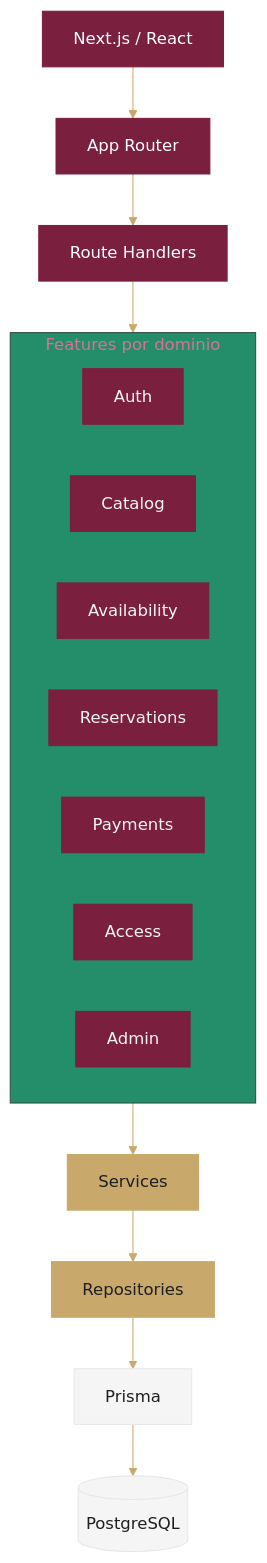
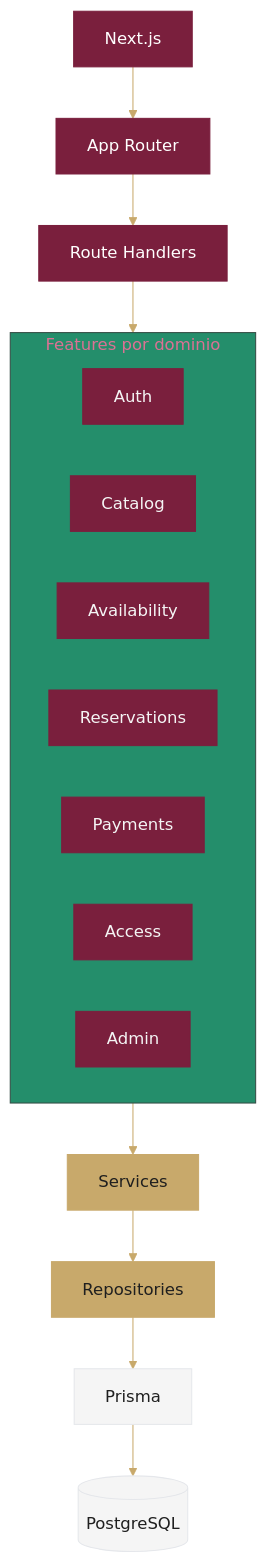
Before and after one commit to LaoraSad/omegaComplex: the second of 8 diagrams in README.md, drawn with Mermaid. The commit also changed other lines of this file and 3 other files, not shown here.

````diff
--- a/README.md
+++ b/README.md
@@ -175,30 +174,30 @@
 ```mermaid
 %%{init: {'theme':'base','themeVariables':{'primaryColor':'#7A1F3D','primaryTextColor':'#F5F5F5','primaryBorderColor':'#7A1F3D','lineColor':'#C8A96B'}}}%%
 flowchart TB
-    UI["Next.js / React"] --> Routes["App Router"]
+    UI["Next.js"] --> Routes["App Router"]
     Routes --> API["Route Handlers"]
 
     subgraph Features["Features por dominio"]
         direction LR
         Auth["Auth"]
         Catalog["Catalog"]
         Availability["Availability"]
         Reservations["Reservations"]
         Payments["Payments"]
         Access["Access"]
         Admin["Admin"]
     end
 
     API --> Features
     Features --> Services["Services"]
     Services --> Repositories["Repositories"]
     Repositories --> Prisma["Prisma"]
     Prisma --> DB[("PostgreSQL")]
 
     classDef main fill:#7A1F3D,color:#fff,stroke:#7A1F3D;
     classDef accent fill:#C8A96B,color:#1F1F1F,stroke:#C8A96B;
     classDef neutral fill:#F5F5F5,color:#1F1F1F,stroke:#E5E7EB;
     class UI,Routes,API main;
     class Services,Repositories accent;
     class Prisma,DB neutral;
 ```
````
